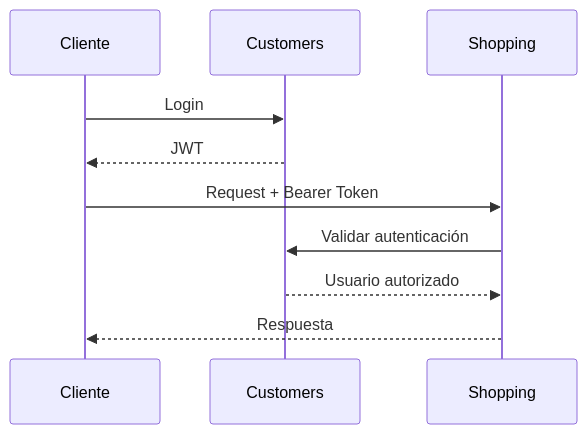
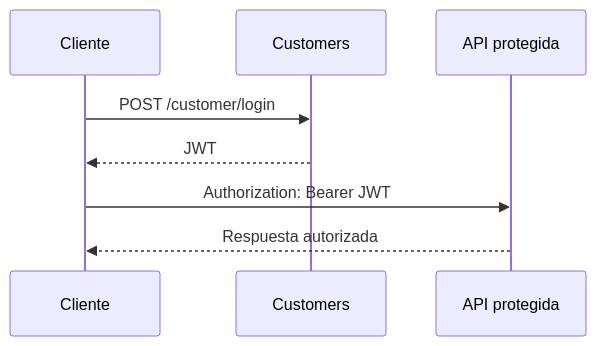
Before and after one commit to osorio22/microservices-projec-end: the third of 3 diagrams in README.md, drawn with Mermaid. The commit also changed other lines of this file and 26 other files, not shown here.

````diff
--- a/README.md
+++ b/README.md
@@ -1047,15 +340,11 @@
 ```mermaid
 sequenceDiagram
-    participant U as Cliente
-    participant C as Customers
-    participant S as Shopping
+    participant C as Cliente
+    participant CU as Customers
+    participant API as API protegida
 
-    U->>C: Login
-    C-->>U: JWT
-
-    U->>S: Request + Bearer Token
-    S->>C: Validar autenticación
-    C-->>S: Usuario autorizado
-
-    S-->>U: Respuesta
+    C->>CU: POST /customer/login
+    CU-->>C: JWT
+    C->>API: Authorization: Bearer JWT
+    API-->>C: Respuesta autorizada
 ```
````
